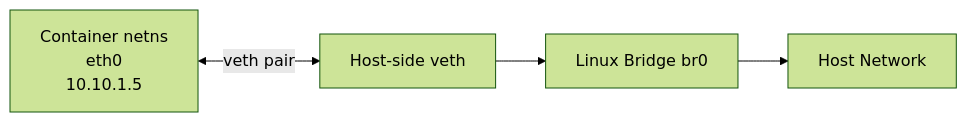
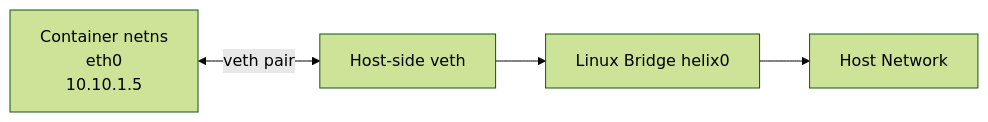
The fourth of 8 diagrams in Docs/ARCHITECTURE.md (yamaankhan20/helixctl), drawn with Mermaid (forest theme) before and after one commit. The commit also changed 7 other files, not shown here.

````diff
--- a/Docs/ARCHITECTURE.md
+++ b/Docs/ARCHITECTURE.md
@@ -1077,6 +1077,6 @@
 ```mermaid
 flowchart LR
     C[Container netns<br/>eth0<br/>10.10.1.5] <-->|veth pair| H[Host-side veth]
-    H --> B[Linux Bridge br0]
+    H --> B[Linux Bridge helix0]
     B --> N[Host Network]
 ```
````
